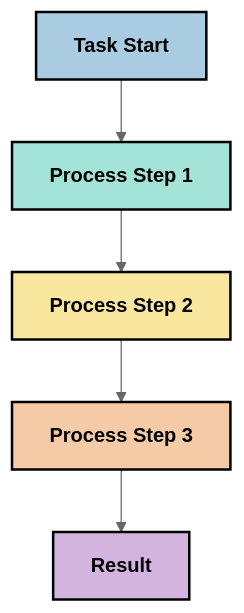
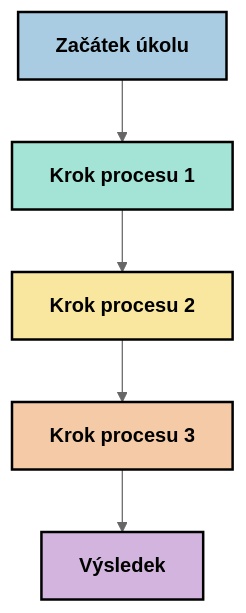
One commit to HIDORAKAI002/ai-workspace-archive changed the third of 6 diagrams in mcp_ecosystem__model_context_protocol/mcp_learning_resources/mcp-for-beginners/translations/cs/05-AdvancedTopics/mcp-contextengineering/README.md. Above: the diagram before and after it, drawn with Mermaid (neutral theme). The commit also changed other lines of this file and 1046 other files, not shown here.

````diff
--- a/mcp_ecosystem__model_context_protocol/mcp_learning_resources/mcp-for-beginners/translations/cs/05-AdvancedTopics/mcp-contextengineering/README.md
+++ b/mcp_ecosystem__model_context_protocol/mcp_learning_resources/mcp-for-beginners/translations/cs/05-AdvancedTopics/mcp-contextengineering/README.md
@@ -163,13 +165,13 @@
 ```mermaid
 graph TD
-    A[Task Start] --> B[Process Step 1]
-    B --> C[Process Step 2]
-    C --> D[Process Step 3]
-    D --> E[Result]
+    A[Začátek úkolu] --> B[Krok procesu 1]
+    B --> C[Krok procesu 2]
+    C --> D[Krok procesu 3]
+    D --> E[Výsledek]
     
     style A fill:#A9CCE3,stroke:#000000,stroke-width:2px,color:#000000,font-weight:bold
     style B fill:#A3E4D7,stroke:#000000,stroke-width:2px,color:#000000,font-weight:bold
     style C fill:#F9E79F,stroke:#000000,stroke-width:2px,color:#000000,font-weight:bold
     style D fill:#F5CBA7,stroke:#000000,stroke-width:2px,color:#000000,font-weight:bold
     style E fill:#D2B4DE,stroke:#000000,stroke-width:2px,color:#000000,font-weight:bold
 ```
````
